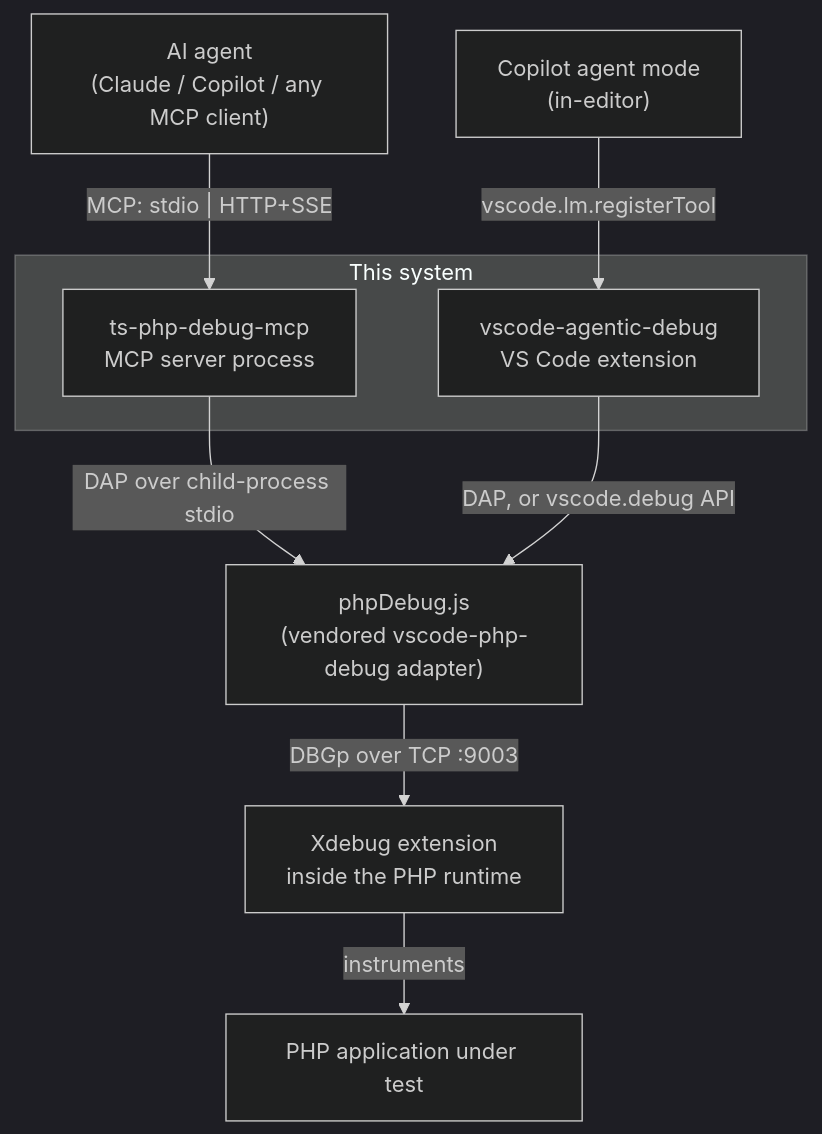
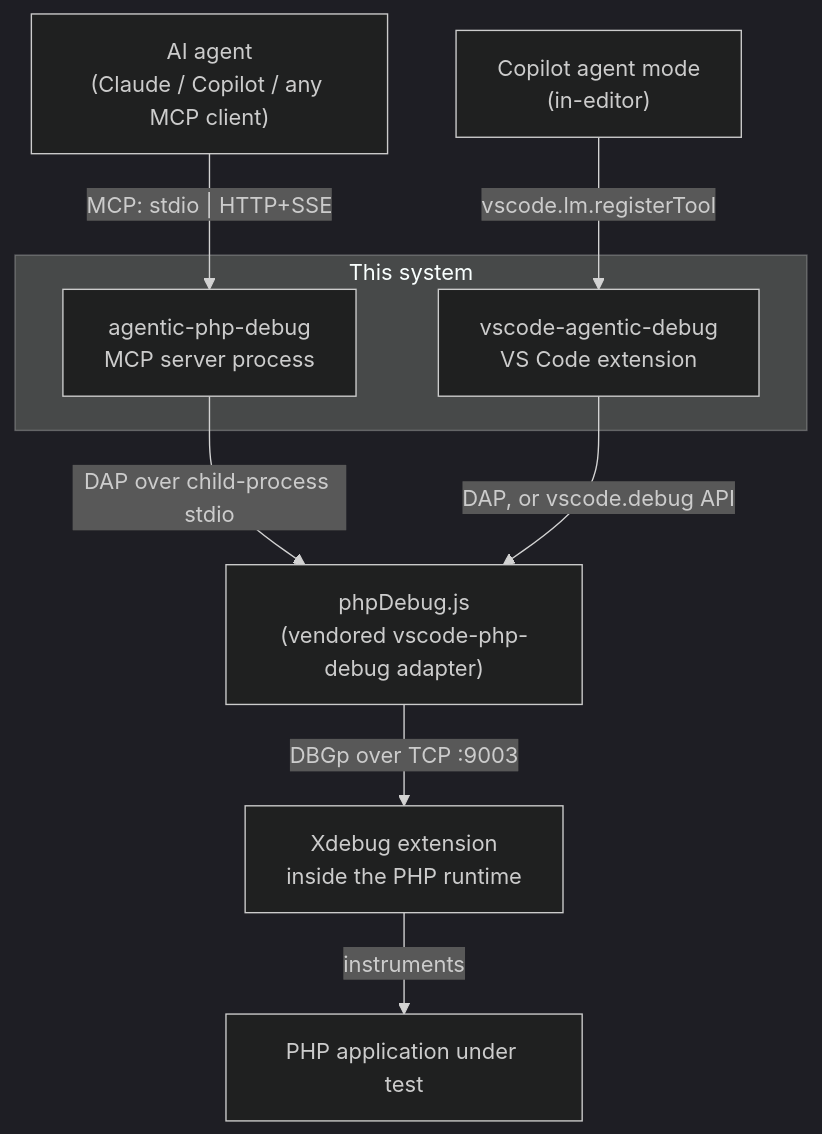
The first of 13 diagrams in docs/DESIGN.md (Lazur/agentic-php-debug), drawn with Mermaid (dark theme) before and after one commit. The commit also changed other lines of this file and 93 other files, not shown here.

````diff
--- a/docs/DESIGN.md
+++ b/docs/DESIGN.md
@@ -27,21 +27,21 @@
 ```mermaid
 flowchart TB
     agent["AI agent<br/>(Claude / Copilot / any MCP client)"]
     copilot["Copilot agent mode<br/>(in-editor)"]
 
     subgraph sys["This system"]
-        mcp["ts-php-debug-mcp<br/>MCP server process"]
+        mcp["agentic-php-debug<br/>MCP server process"]
         ext["vscode-agentic-debug<br/>VS Code extension"]
     end
 
     adapter["phpDebug.js<br/>(vendored vscode-php-debug adapter)"]
     xdebug["Xdebug extension<br/>inside the PHP runtime"]
     php["PHP application under test"]
 
     agent -- "MCP: stdio | HTTP+SSE" --> mcp
     copilot -- "vscode.lm.registerTool" --> ext
     mcp -- "DAP over child-process stdio" --> adapter
     ext -- "DAP, or vscode.debug API" --> adapter
     adapter -- "DBGp over TCP :9003" --> xdebug
     xdebug -- "instruments" --> php
 ```
````
